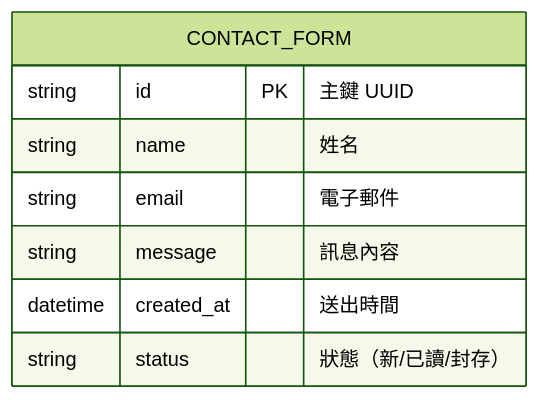
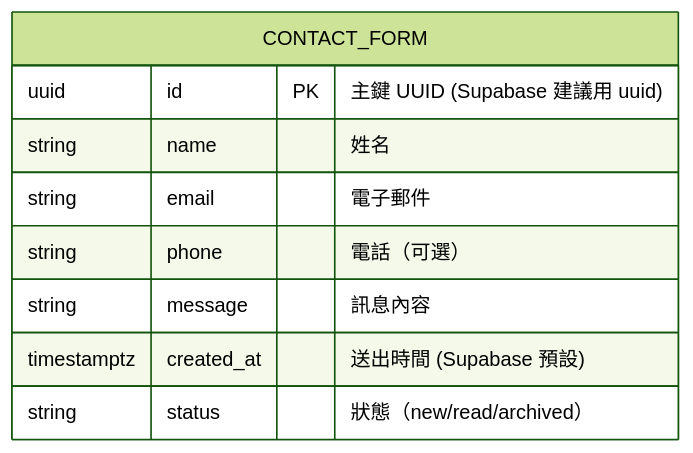
Before and after one commit to changjunglu/my-landing-page: the diagram in docs/DB.md, drawn with Mermaid (forest theme). The commit also changed other lines of this file and 4 other files, not shown here.

````diff
--- a/docs/DB.md
+++ b/docs/DB.md
@@ -11,11 +13,12 @@
 ```mermaid
 erDiagram
   CONTACT_FORM {
-    string id PK "主鍵 UUID"
+    uuid id PK "主鍵 UUID (Supabase 建議用 uuid)"
     string name "姓名"
     string email "電子郵件"
+    string phone "電話（可選）"
     string message "訊息內容"
-    datetime created_at "送出時間"
-    string status "狀態（新/已讀/封存）"
+    timestamptz created_at "送出時間 (Supabase 預設)"
+    string status "狀態（new/read/archived）"
   }
 ```
````
